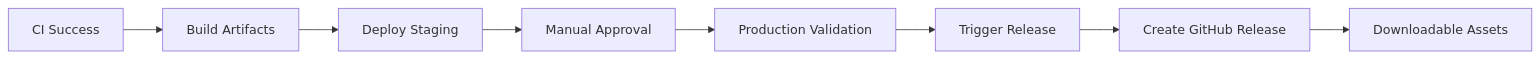
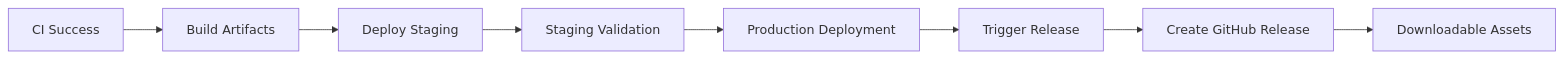
One commit to StargrrlMoonlight/SettingUpMcpServers changed the diagram in docs/DEPLOYMENT.md. Above: the diagram before and after it, drawn with Mermaid. The commit also changed other lines of this file and 4 other files, not shown here.

````diff
--- a/docs/DEPLOYMENT.md
+++ b/docs/DEPLOYMENT.md
@@ -8,10 +8,10 @@
 ```mermaid
 graph LR
     A[CI Success] --> B[Build Artifacts]
     B --> C[Deploy Staging]
-    C --> D[Manual Approval]
-    D --> E[Production Validation]
+    C --> D[Staging Validation]
+    D --> E[Production Deployment]
     E --> F[Trigger Release]
     F --> G[Create GitHub Release]
     G --> H[Downloadable Assets]
 ```
````
